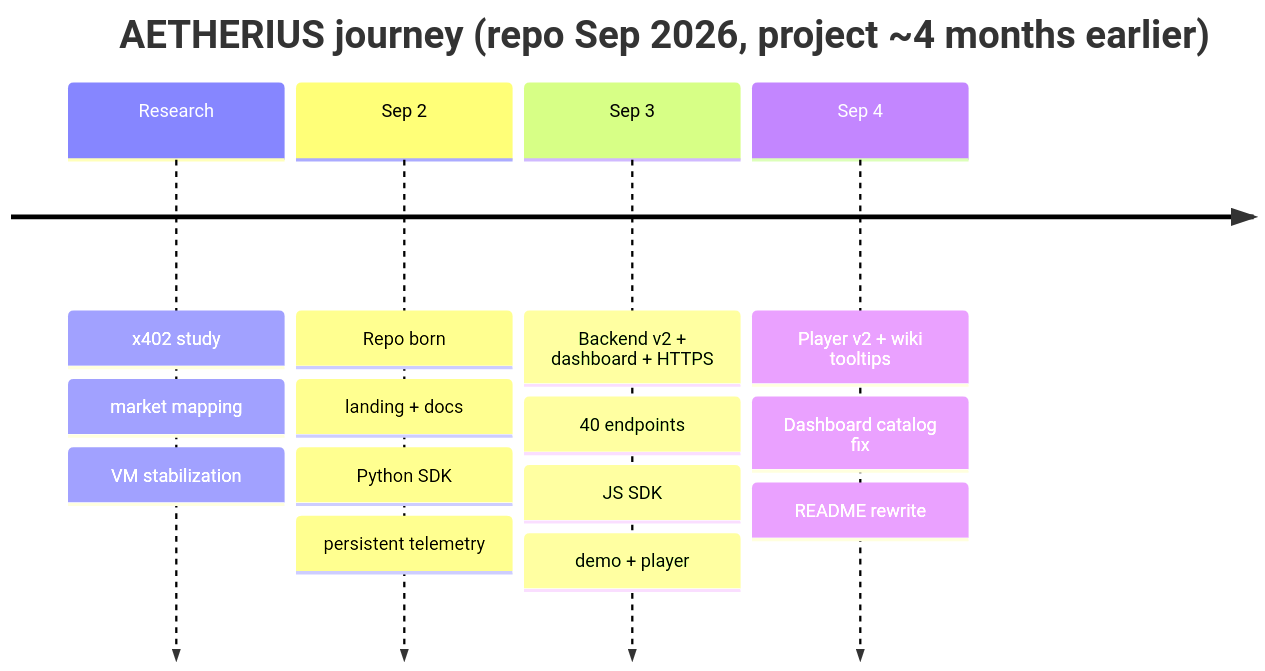
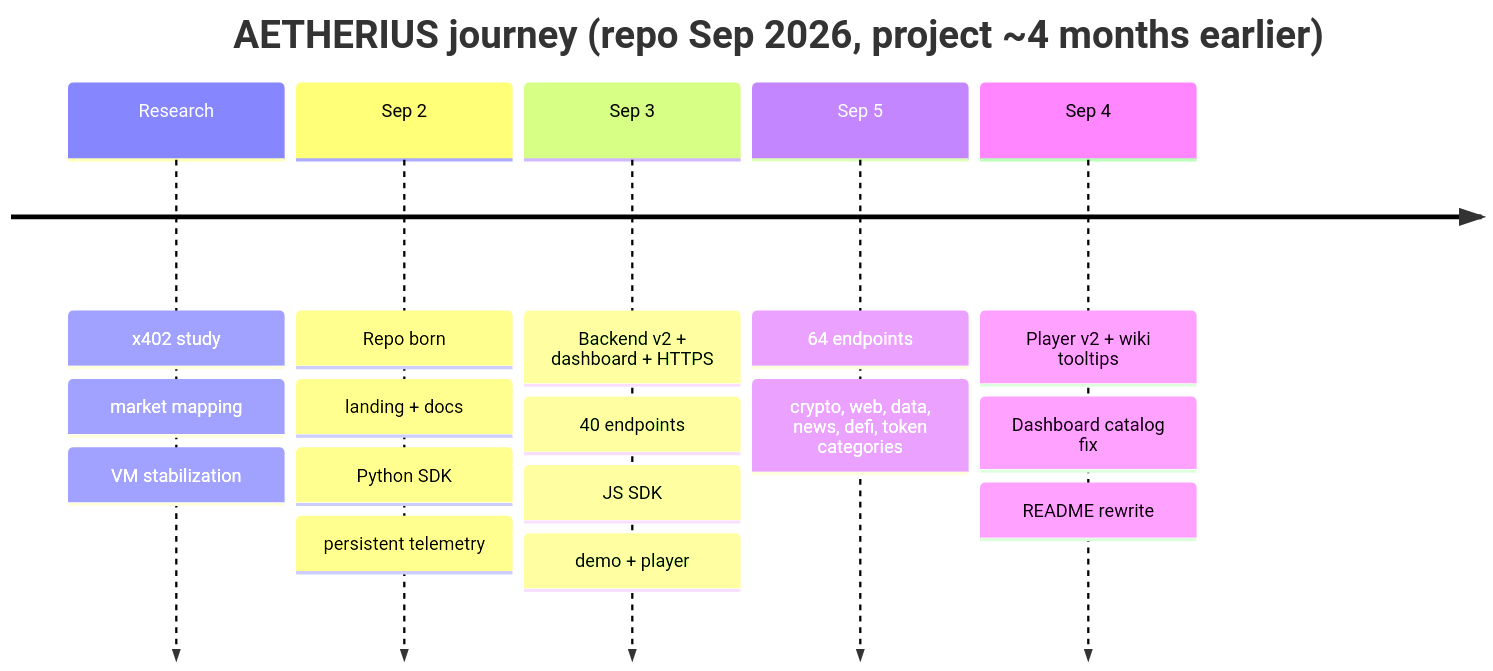
The diagram in README.md (wilnowilx/aetheriusxapi), drawn with Mermaid before and after one commit. The commit also changed other lines of this file and 2 other files, not shown here.

First line of the commit message:
docs: update dashboard, landing, README for 64 endpoints

````diff
--- a/README.md
+++ b/README.md
@@ -82,8 +82,9 @@
 ```mermaid
 timeline
     title AETHERIUS journey (repo Sep 2026, project ~4 months earlier)
     Research : x402 study : market mapping : VM stabilization
     Sep 2 : Repo born : landing + docs : Python SDK : persistent telemetry
     Sep 3 : Backend v2 + dashboard + HTTPS : 40 endpoints : JS SDK : demo + player
+    Sep 5 : 64 endpoints : crypto, web, data, news, defi, token categories
     Sep 4 : Player v2 + wiki tooltips : Dashboard catalog fix : README rewrite
 ```
````
